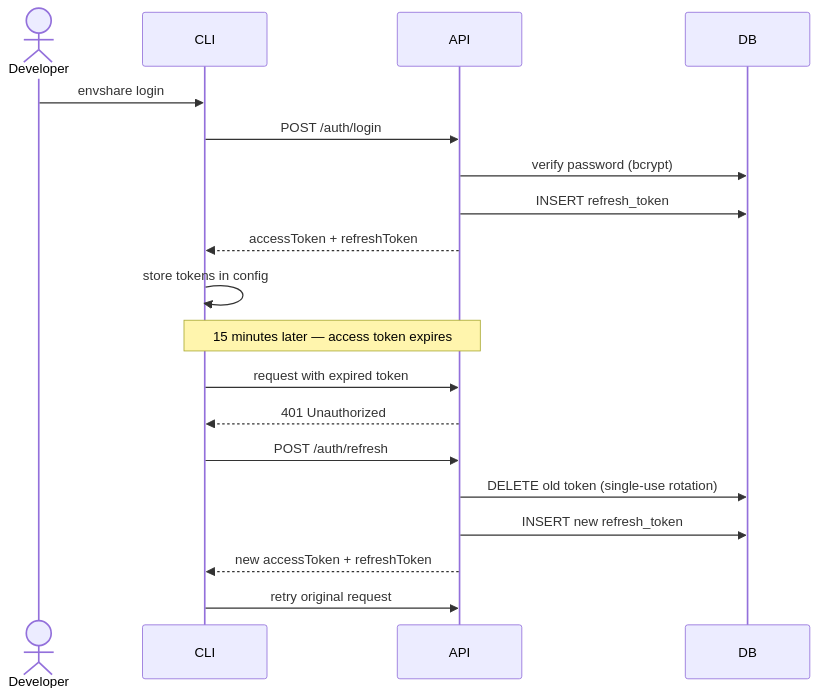
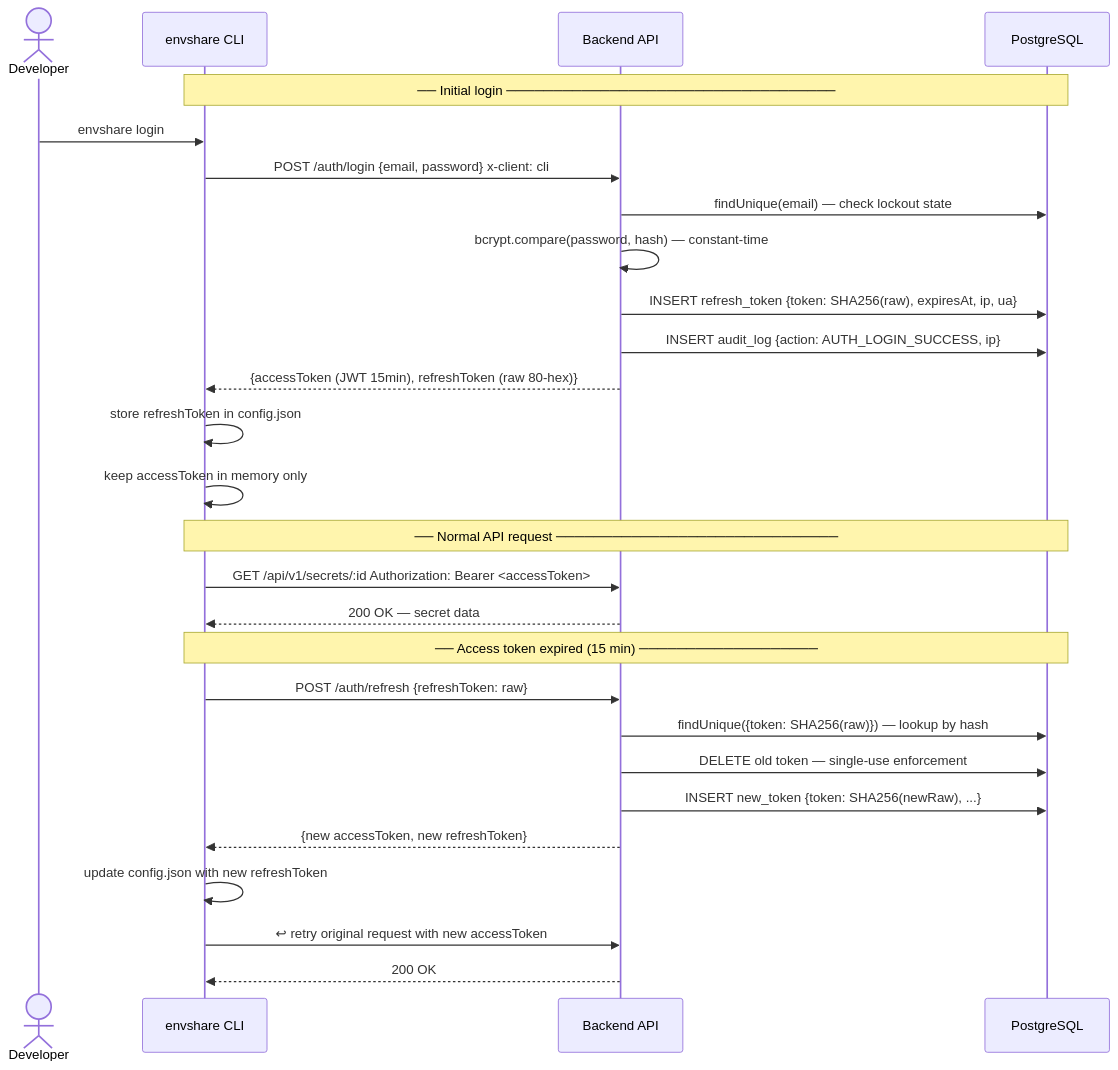
Before and after one commit to s-pl/envShare: the third of 5 diagrams in README.md, drawn with Mermaid. The commit also changed other lines of this file and 11 other files, not shown here.

First line of the commit message:
chore: update backend and CLI to version 2.0.0

````diff
--- a/README.md
+++ b/README.md
@@ -231,24 +118,32 @@
 ```mermaid
 sequenceDiagram
     actor Dev as Developer
-    participant CLI
-    participant API
-    participant DB
+    participant CLI as envshare CLI
+    participant API as Backend API
+    participant DB as PostgreSQL
 
+    Note over CLI,DB: ── Initial login ───────────────────────────────────
     Dev->>CLI: envshare login
-    CLI->>API: POST /auth/login
-    API->>DB: verify password (bcrypt)
-    API->>DB: INSERT refresh_token
-    API-->>CLI: accessToken + refreshToken
-    CLI->>CLI: store tokens in config
+    CLI->>API: POST /auth/login  {email, password}  x-client: cli
+    API->>DB: findUnique(email) — check lockout state
+    API->>API: bcrypt.compare(password, hash) — constant-time
+    API->>DB: INSERT refresh_token  {token: SHA256(raw), expiresAt, ip, ua}
+    API->>DB: INSERT audit_log  {action: AUTH_LOGIN_SUCCESS, ip}
+    API-->>CLI: {accessToken (JWT 15min), refreshToken (raw 80-hex)}
+    CLI->>CLI: store refreshToken in config.json
+    CLI->>CLI: keep accessToken in memory only
 
-    Note over CLI,API: 15 minutes later — access token expires
+    Note over CLI,DB: ── Normal API request ──────────────────────────────
+    CLI->>API: GET /api/v1/secrets/:id  Authorization: Bearer <accessToken>
+    API-->>CLI: 200 OK — secret data
 
-    CLI->>API: request with expired token
-    API-->>CLI: 401 Unauthorized
-    CLI->>API: POST /auth/refresh
-    API->>DB: DELETE old token (single-use rotation)
-    API->>DB: INSERT new refresh_token
-    API-->>CLI: new accessToken + refreshToken
-    CLI->>API: retry original request
+    Note over CLI,DB: ── Access token expired (15 min) ───────────────────
+    CLI->>API: POST /auth/refresh  {refreshToken: raw}
+    API->>DB: findUnique({token: SHA256(raw)}) — lookup by hash
+    API->>DB: DELETE old token — single-use enforcement
+    API->>DB: INSERT new_token  {token: SHA256(newRaw), ...}
+    API-->>CLI: {new accessToken, new refreshToken}
+    CLI->>CLI: update config.json with new refreshToken
+    CLI->>API: ↩ retry original request with new accessToken
+    API-->>CLI: 200 OK
 ```
````
